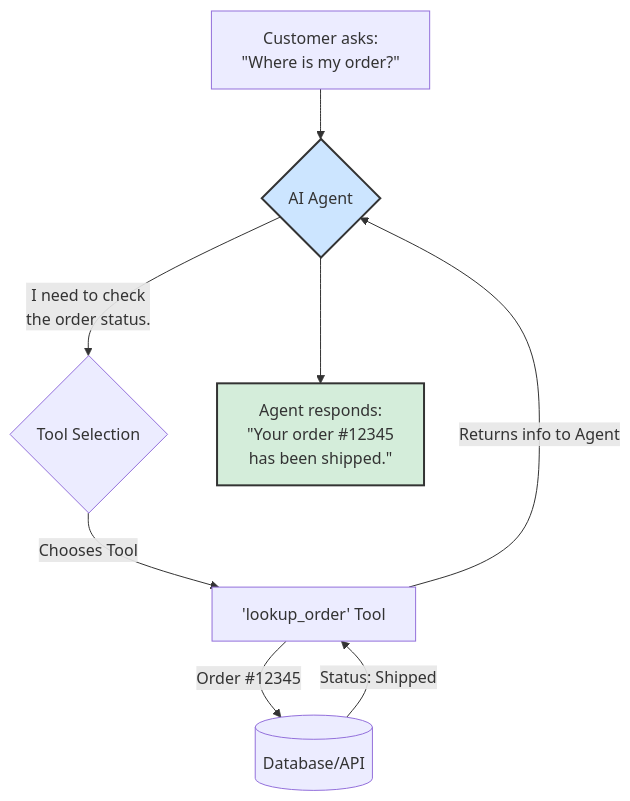
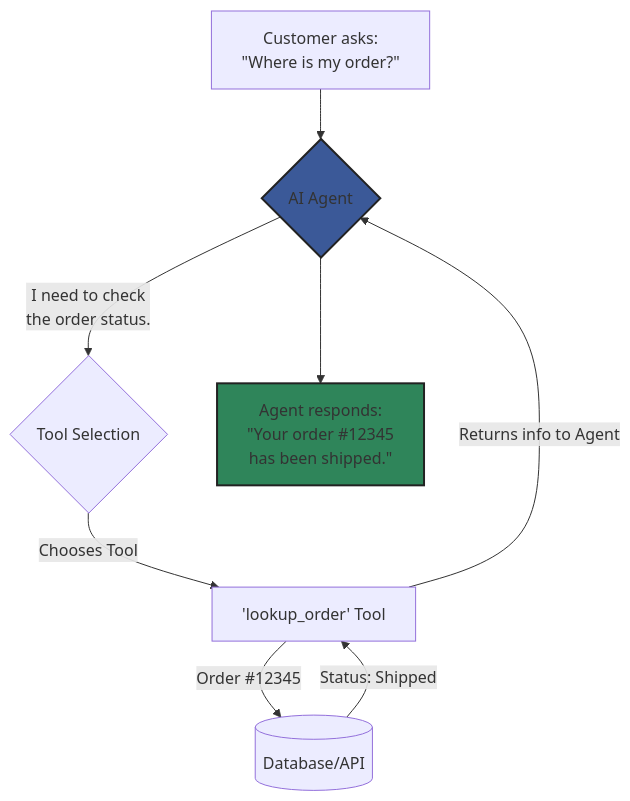
Before and after one commit to 89jobrien/examples: the third of 5 diagrams in README.md, drawn with Mermaid. The commit also changed other lines of this file, not shown here.

````diff
--- a/README.md
+++ b/README.md
@@ -57,13 +57,13 @@
 ```mermaid
 graph TD
     A["Customer asks: <br>&quot;Where is my order?&quot;"] --> B{AI Agent};
     B -- "I need to check<br>the order status." --> C{Tool Selection};
     C -- Chooses Tool --> D['lookup_order' Tool];
     D -- "Order #12345" --> E[(Database/API)];
     E -- "Status: Shipped" --> D;
     D -- Returns info to Agent --> B;
     B --> F["Agent responds:<br>&quot;Your order #12345<br>has been shipped.&quot;"];
 
-    style B fill:#cce5ff,stroke:#333,stroke-width:2px
-    style F fill:#d4edda,stroke:#333,stroke-width:2px
+    style B fill:#3b5998,stroke:#222,stroke-width:2px
+    style F fill:#2f855a,stroke:#222,stroke-width:2px
 ```
````
